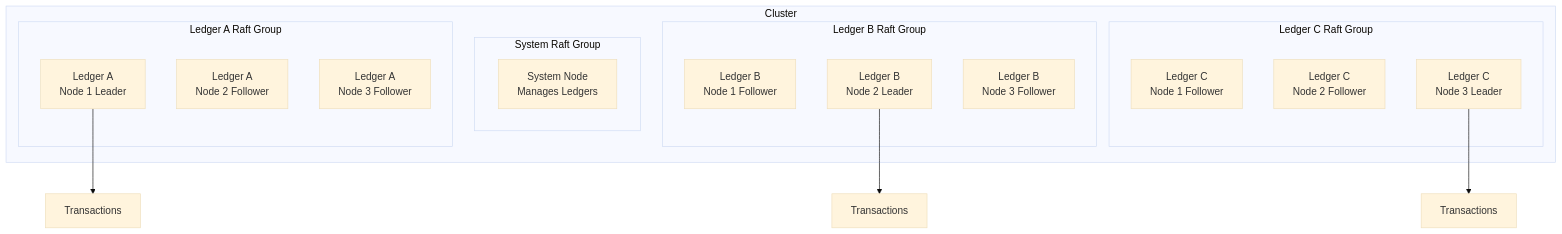
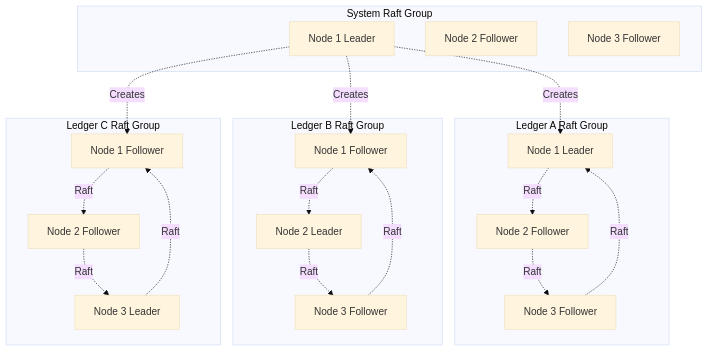
The first of 4 diagrams in docs/buckets-ledgers.md (formancehq/ledger), drawn with Mermaid (base theme) before and after one commit. The commit also changed other lines of this file and 11 other files, not shown here.

````diff
--- a/docs/buckets-ledgers.md
+++ b/docs/buckets-ledgers.md
@@ -9,30 +9,42 @@
 ```mermaid
 graph TB
-    subgraph "Cluster"
-        subgraph "System Raft Group"
-            SystemNode[System Node<br/>Manages Ledgers]
-        end
-        
-        subgraph "Ledger A Raft Group"
-            LA1[Ledger A<br/>Node 1 Leader]
-            LA2[Ledger A<br/>Node 2 Follower]
-            LA3[Ledger A<br/>Node 3 Follower]
-        end
-        
-        subgraph "Ledger B Raft Group"
-            LB1[Ledger B<br/>Node 1 Follower]
-            LB2[Ledger B<br/>Node 2 Leader]
-            LB3[Ledger B<br/>Node 3 Follower]
-        end
-        
-        subgraph "Ledger C Raft Group"
-            LC1[Ledger C<br/>Node 1 Follower]
-            LC2[Ledger C<br/>Node 2 Follower]
-            LC3[Ledger C<br/>Node 3 Leader]
-        end
+    subgraph "System Raft Group"
+        S1[Node 1 Leader]
+        S2[Node 2 Follower]
+        S3[Node 3 Follower]
     end
     
-    LA1 --> TA1[Transactions]
-    LB2 --> TB1[Transactions]
-    LC3 --> TC1[Transactions]
+    subgraph "Ledger A Raft Group"
+        LA1[Node 1 Leader]
+        LA2[Node 2 Follower]
+        LA3[Node 3 Follower]
+    end
+    
+    subgraph "Ledger B Raft Group"
+        LB1[Node 1 Follower]
+        LB2[Node 2 Leader]
+        LB3[Node 3 Follower]
+    end
+    
+    subgraph "Ledger C Raft Group"
+        LC1[Node 1 Follower]
+        LC2[Node 2 Follower]
+        LC3[Node 3 Leader]
+    end
+    
+    S1 -.Creates.-> LA1
+    S1 -.Creates.-> LB1
+    S1 -.Creates.-> LC1
+    
+    LA1 -.Raft.-> LA2
+    LA2 -.Raft.-> LA3
+    LA3 -.Raft.-> LA1
+    
+    LB1 -.Raft.-> LB2
+    LB2 -.Raft.-> LB3
+    LB3 -.Raft.-> LB1
+    
+    LC1 -.Raft.-> LC2
+    LC2 -.Raft.-> LC3
+    LC3 -.Raft.-> LC1
 ```
````
